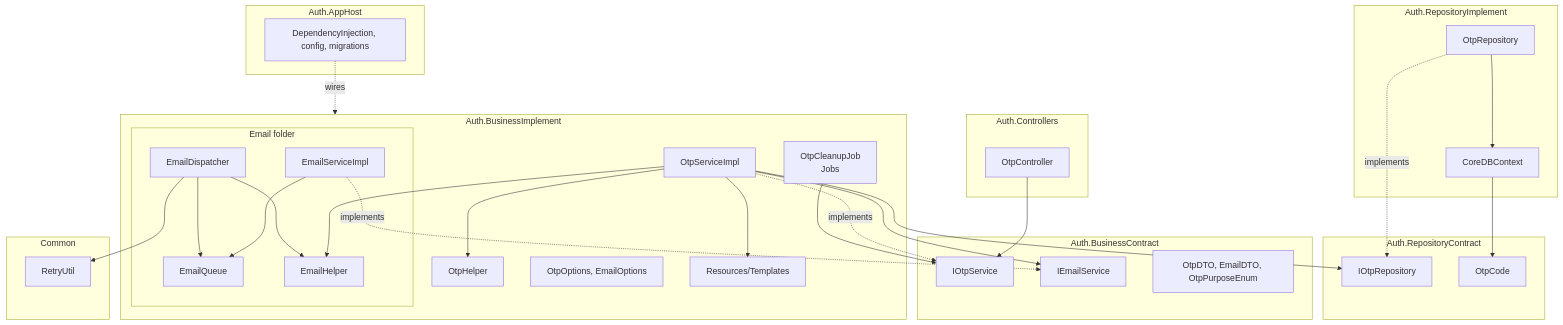
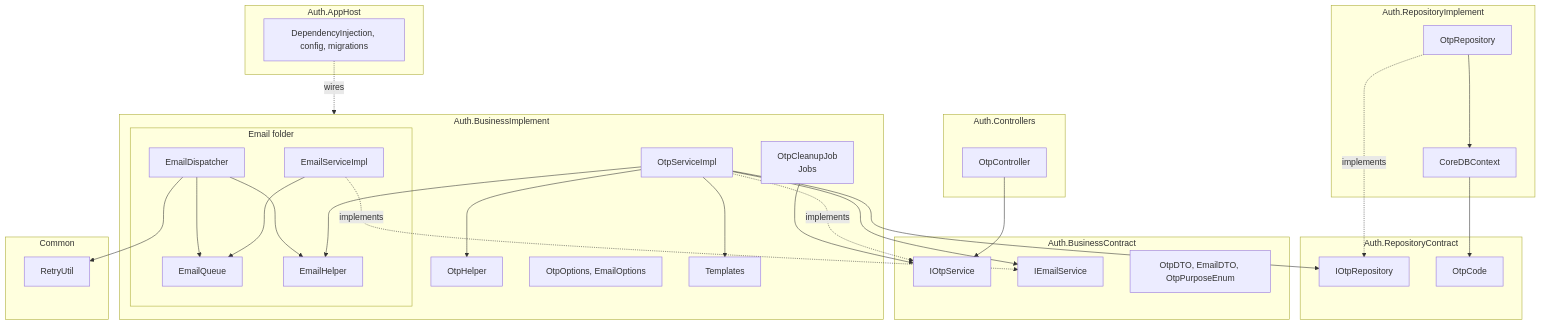
The seventh of 7 diagrams in document/TTECH.Backend/Auth/OTP-Email-Design.md (AkaThoconCute/TTECH), drawn with Mermaid before and after one commit. The commit also changed other lines of this file and 11 other files, not shown here.

````diff
--- a/document/TTECH.Backend/Auth/OTP-Email-Design.md
+++ b/document/TTECH.Backend/Auth/OTP-Email-Design.md
@@ -364,56 +364,56 @@
 ```mermaid
 flowchart TB
   subgraph Controllers["Auth.Controllers"]
     OC[OtpController]
   end
   subgraph Contract["Auth.BusinessContract"]
     IOS[IOtpService]
     IES[IEmailService]
     DTO["OtpDTO, EmailDTO, OtpPurposeEnum"]
   end
   subgraph Impl["Auth.BusinessImplement"]
     OS[OtpServiceImpl]
     OH[OtpHelper]
     OJ["OtpCleanupJob<br/>Jobs"]
     subgraph EmailFolder["Email folder"]
       ES[EmailServiceImpl]
       EQ[EmailQueue]
       ED[EmailDispatcher]
       EH[EmailHelper]
     end
     OPT["OtpOptions, EmailOptions"]
-    TPL["Resources/Templates"]
+    TPL["Templates"]
   end
   subgraph RepoC["Auth.RepositoryContract"]
     IOR[IOtpRepository]
     ENT[OtpCode]
   end
   subgraph RepoI["Auth.RepositoryImplement"]
     OR[OtpRepository]
     CTX[CoreDBContext]
   end
   subgraph Common["Common"]
     RU["RetryUtil"]
   end
   subgraph Host["Auth.AppHost"]
     DI["DependencyInjection, config, migrations"]
   end
 
   OC --> IOS
   OS -. implements .-> IOS
   OS --> IOR
   OS --> IES
   OS --> OH
   OS --> EH
   OS --> TPL
   ES -. implements .-> IES
   ES --> EQ
   ED --> EQ
   ED --> EH
   ED --> RU
   OJ --> IOS
   OR -. implements .-> IOR
   OR --> CTX
   CTX --> ENT
   DI -. wires .-> Impl
 ```
````
